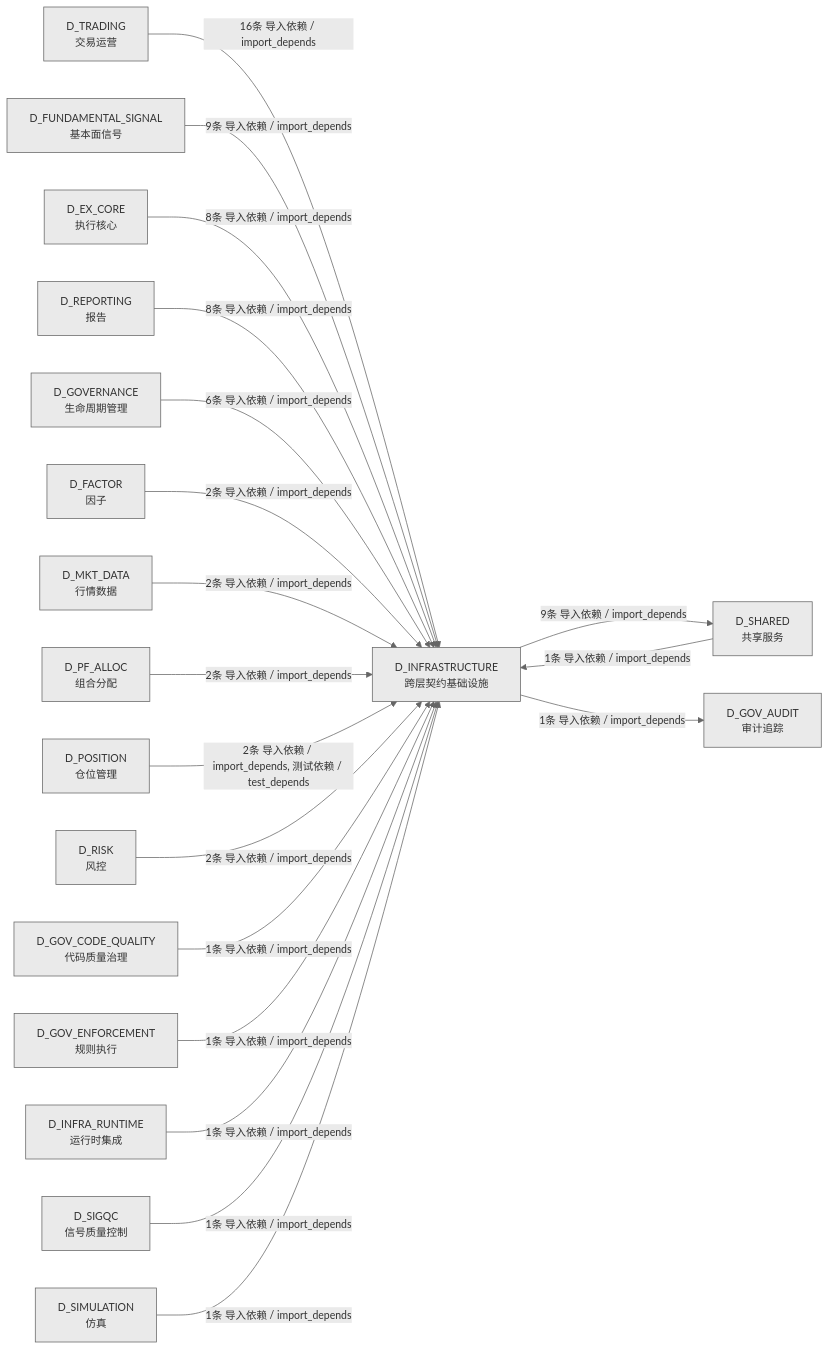
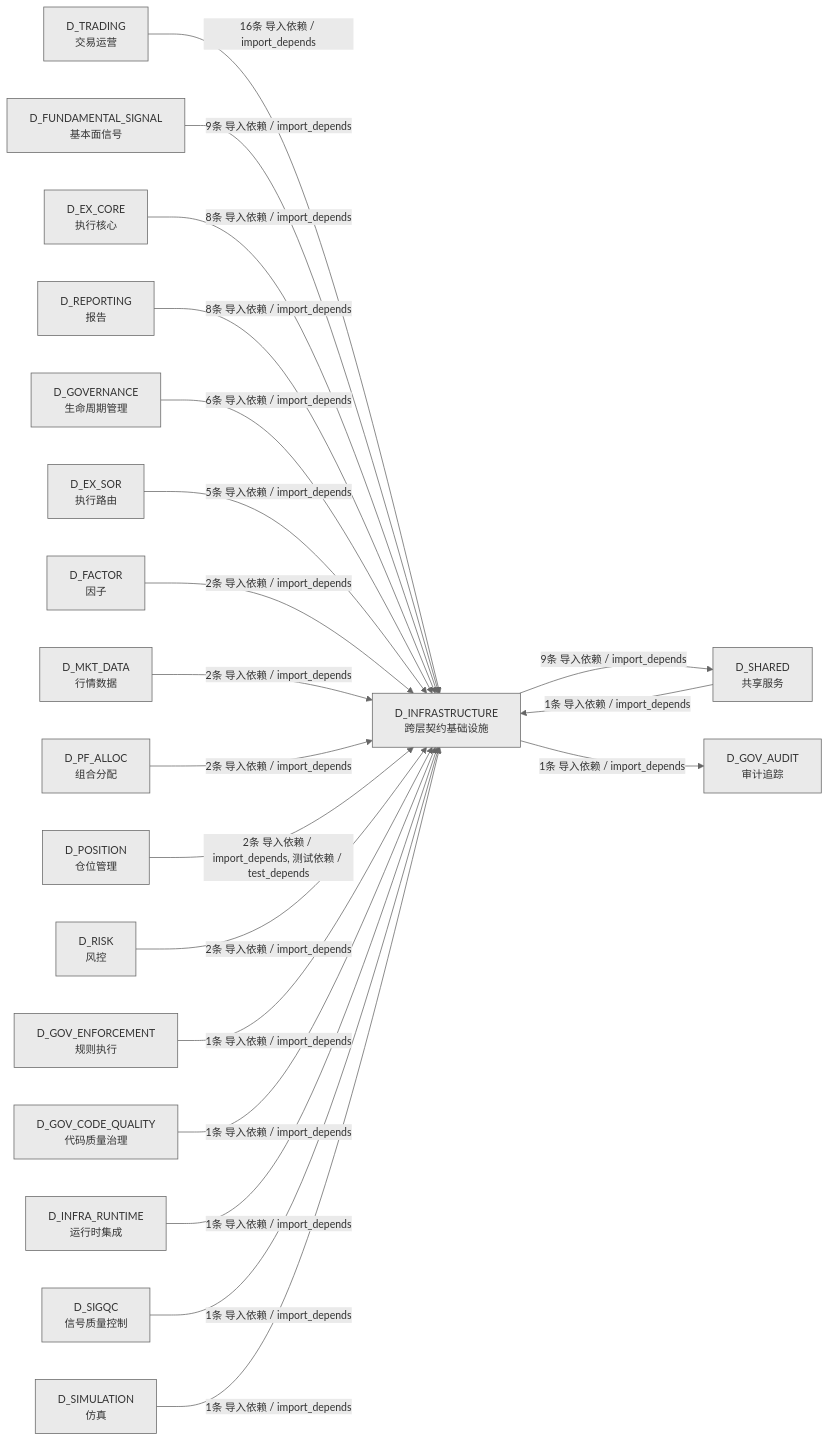
The third of 3 diagrams in docs/02_enterprise_architecture/02_domain_architecture_docs/02_d_infrastructure.md (xuanFelixVan/ZephyrAlpha), drawn with Mermaid before and after one commit. The commit also changed other lines of this file and 48 other files, not shown here.

````diff
--- a/docs/02_enterprise_architecture/02_domain_architecture_docs/02_d_infrastructure.md
+++ b/docs/02_enterprise_architecture/02_domain_architecture_docs/02_d_infrastructure.md
@@ -307,40 +310,42 @@
 ```mermaid
 %%{init: {'theme': 'base', 'themeVariables': {'primaryColor': '#eaeaea', 'primaryTextColor': '#333333', 'primaryBorderColor': '#666666', 'lineColor': '#666666', 'secondaryColor': '#eaeaea', 'tertiaryColor': '#eaeaea', 'fontSize': '14px'}}}%%
 graph LR
     D_INFRASTRUCTURE["D_INFRASTRUCTURE<br/>跨层契约基础设施"]
     D_SHARED["D_SHARED<br/>共享服务"]
     D_GOV_AUDIT["D_GOV_AUDIT<br/>审计追踪"]
     D_TRADING["D_TRADING<br/>交易运营"]
     D_FUNDAMENTAL_SIGNAL["D_FUNDAMENTAL_SIGNAL<br/>基本面信号"]
     D_EX_CORE["D_EX_CORE<br/>执行核心"]
     D_REPORTING["D_REPORTING<br/>报告"]
     D_GOVERNANCE["D_GOVERNANCE<br/>生命周期管理"]
+    D_EX_SOR["D_EX_SOR<br/>执行路由"]
     D_FACTOR["D_FACTOR<br/>因子"]
     D_MKT_DATA["D_MKT_DATA<br/>行情数据"]
     D_PF_ALLOC["D_PF_ALLOC<br/>组合分配"]
     D_POSITION["D_POSITION<br/>仓位管理"]
     D_RISK["D_RISK<br/>风控"]
+    D_GOV_ENFORCEMENT["D_GOV_ENFORCEMENT<br/>规则执行"]
     D_GOV_CODE_QUALITY["D_GOV_CODE_QUALITY<br/>代码质量治理"]
-    D_GOV_ENFORCEMENT["D_GOV_ENFORCEMENT<br/>规则执行"]
     D_INFRA_RUNTIME["D_INFRA_RUNTIME<br/>运行时集成"]
     D_SIGQC["D_SIGQC<br/>信号质量控制"]
     D_SIMULATION["D_SIMULATION<br/>仿真"]
     D_INFRASTRUCTURE -->|9条 导入依赖 / import_depends| D_SHARED
     D_INFRASTRUCTURE -->|1条 导入依赖 / import_depends| D_GOV_AUDIT
     D_TRADING -->|16条 导入依赖 / import_depends| D_INFRASTRUCTURE
     D_FUNDAMENTAL_SIGNAL -->|9条 导入依赖 / import_depends| D_INFRASTRUCTURE
     D_EX_CORE -->|8条 导入依赖 / import_depends| D_INFRASTRUCTURE
     D_REPORTING -->|8条 导入依赖 / import_depends| D_INFRASTRUCTURE
     D_GOVERNANCE -->|6条 导入依赖 / import_depends| D_INFRASTRUCTURE
+    D_EX_SOR -->|5条 导入依赖 / import_depends| D_INFRASTRUCTURE
     D_FACTOR -->|2条 导入依赖 / import_depends| D_INFRASTRUCTURE
     D_MKT_DATA -->|2条 导入依赖 / import_depends| D_INFRASTRUCTURE
     D_PF_ALLOC -->|2条 导入依赖 / import_depends| D_INFRASTRUCTURE
     D_POSITION -->|2条 导入依赖 / import_depends, 测试依赖 / test_depends| D_INFRASTRUCTURE
     D_RISK -->|2条 导入依赖 / import_depends| D_INFRASTRUCTURE
+    D_GOV_ENFORCEMENT -->|1条 导入依赖 / import_depends| D_INFRASTRUCTURE
     D_GOV_CODE_QUALITY -->|1条 导入依赖 / import_depends| D_INFRASTRUCTURE
-    D_GOV_ENFORCEMENT -->|1条 导入依赖 / import_depends| D_INFRASTRUCTURE
     D_INFRA_RUNTIME -->|1条 导入依赖 / import_depends| D_INFRASTRUCTURE
     D_SHARED -->|1条 导入依赖 / import_depends| D_INFRASTRUCTURE
     D_SIGQC -->|1条 导入依赖 / import_depends| D_INFRASTRUCTURE
     D_SIMULATION -->|1条 导入依赖 / import_depends| D_INFRASTRUCTURE
 ```
````
